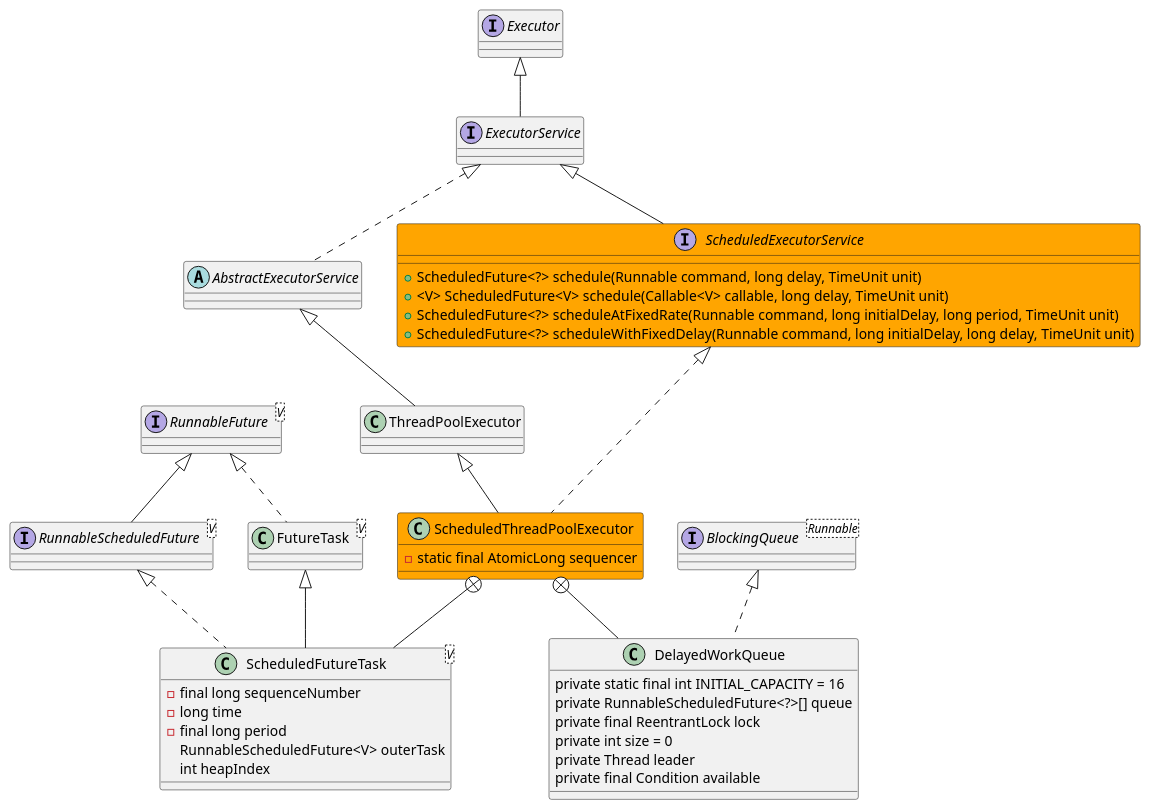
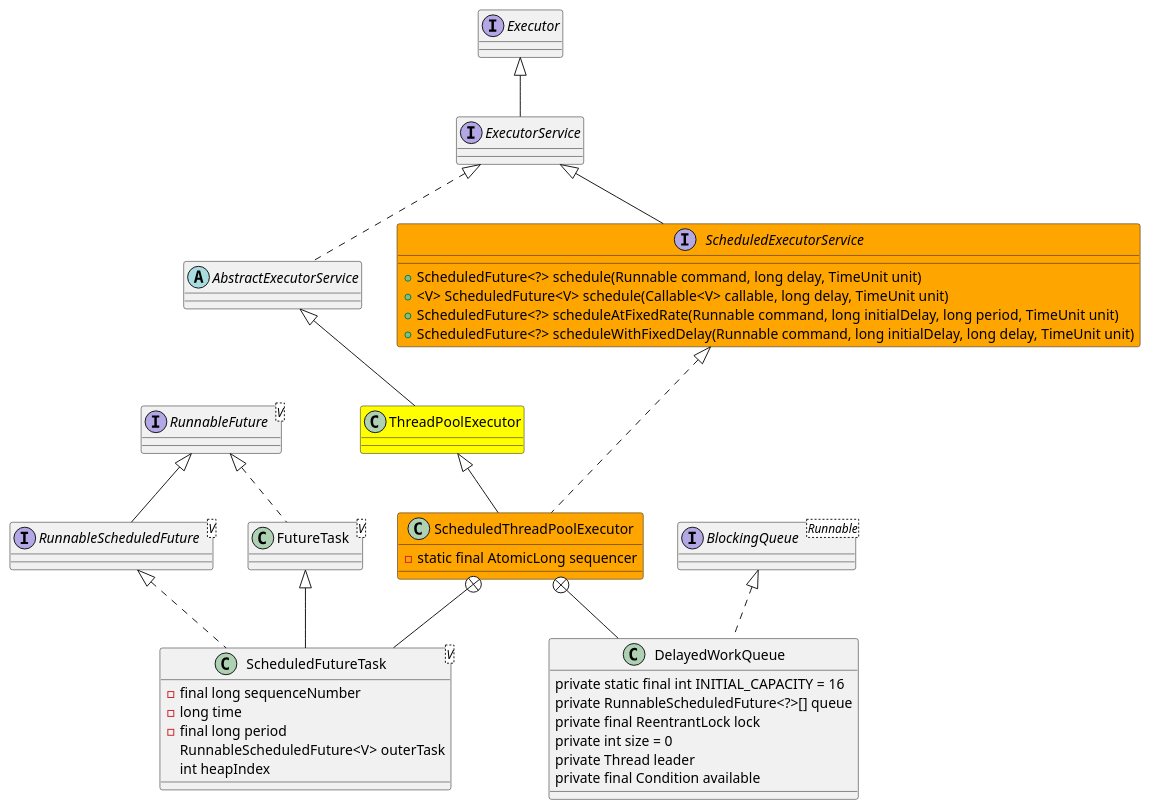
One commit to onlyonion/development changed the diagram in 10-java/src/rt.jar.src/java/util/concurrent/executor.ScheduledThreadPoolExecutor.md. Above: the diagram before and after it, drawn with PlantUML. The commit also changed 15 other files, not shown here.

````diff
--- a/10-java/src/rt.jar.src/java/util/concurrent/executor.ScheduledThreadPoolExecutor.md
+++ b/10-java/src/rt.jar.src/java/util/concurrent/executor.ScheduledThreadPoolExecutor.md
@@ -21,64 +21,65 @@
 ```plantuml
 @startuml
 
 '''''''''''''''''''' 父类 ''''''''''''''''''''
 abstract class AbstractExecutorService
 AbstractExecutorService ^-- ThreadPoolExecutor
 ExecutorService ^.. AbstractExecutorService
-class ThreadPoolExecutor
+class ThreadPoolExecutor #yellow
 
 
 '''''''''''''''''''' 接口 ''''''''''''''''''''
+Executor ^-- ExecutorService
+ExecutorService ^-- ScheduledExecutorService
+
 interface Executor
-Executor ^-- ExecutorService
 interface ExecutorService
-ExecutorService ^-- ScheduledExecutorService
 interface ScheduledExecutorService #orange {
     + ScheduledFuture<?> schedule(Runnable command, long delay, TimeUnit unit)
     + <V> ScheduledFuture<V> schedule(Callable<V> callable, long delay, TimeUnit unit)                                       
     + ScheduledFuture<?> scheduleAtFixedRate(Runnable command, long initialDelay, long period, TimeUnit unit)   
     + ScheduledFuture<?> scheduleWithFixedDelay(Runnable command, long initialDelay, long delay, TimeUnit unit)                                                                                      
 }
 
 '''''''''''''''''''' ScheduledThreadPoolExecutor ''''''''''''''''''''
 ThreadPoolExecutor ^-- ScheduledThreadPoolExecutor
 ScheduledExecutorService ^.. ScheduledThreadPoolExecutor
 class ScheduledThreadPoolExecutor #orange {
     - static final AtomicLong sequencer
 }
 
 
 ScheduledThreadPoolExecutor +-- ScheduledFutureTask
 ScheduledThreadPoolExecutor +-- DelayedWorkQueue
 
 '''''''''''''''''''' ScheduledFutureTask ''''''''''''''''''''
 interface RunnableFuture<V> 
 RunnableFuture ^-- RunnableScheduledFuture
 interface RunnableScheduledFuture<V>
 class FutureTask<V>
 RunnableFuture ^.. FutureTask
 RunnableScheduledFuture ^.. ScheduledFutureTask
 FutureTask ^-- ScheduledFutureTask
 class ScheduledFutureTask<V> {
     - final long sequenceNumber
     - long time
     - final long period
     RunnableScheduledFuture<V> outerTask 
     int heapIndex
 }
 
 '''''''''''''''''''' DelayedWorkQueue ''''''''''''''''''''
 interface BlockingQueue<Runnable>
 BlockingQueue ^.. DelayedWorkQueue
 class DelayedWorkQueue {
     private static final int INITIAL_CAPACITY = 16
     private RunnableScheduledFuture<?>[] queue
     private final ReentrantLock lock
     private int size = 0
     private Thread leader
     private final Condition available 
 }
 
 
 @enduml
 ```
````
